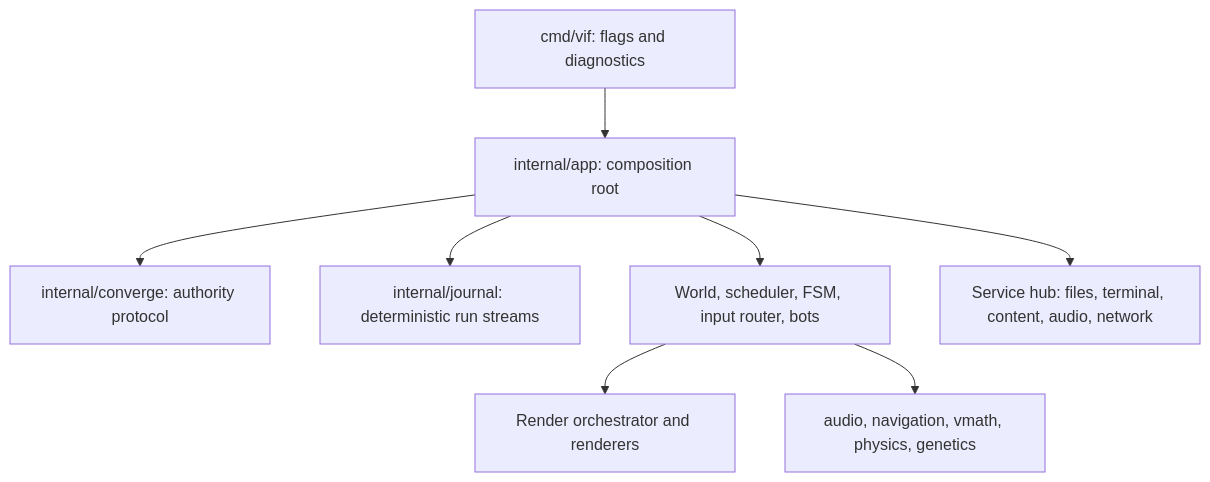
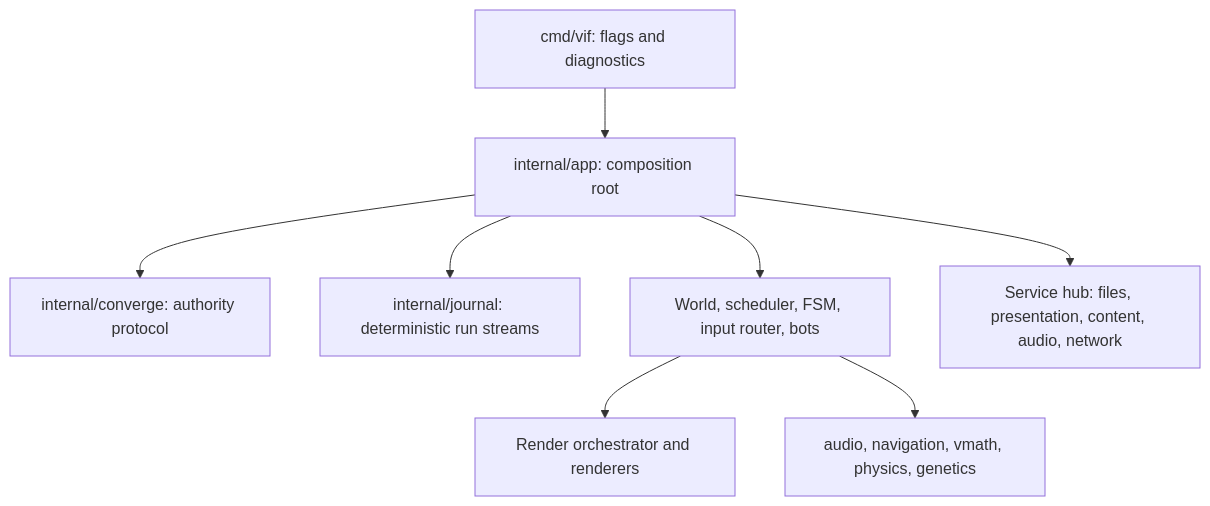
Before and after one commit to lixenwraith/vif: the second of 3 diagrams in doc/architecture.md, drawn with Mermaid. The commit also changed other lines of this file and 23 other files, not shown here.

````diff
--- a/doc/architecture.md
+++ b/doc/architecture.md
@@ -35,10 +35,10 @@
 ```mermaid
 flowchart TD
     Entry["cmd/vif: flags and diagnostics"] --> App["internal/app: composition root"]
     App --> Converge["internal/converge: authority protocol"]
     App --> Journal["internal/journal: deterministic run streams"]
     App --> Runtime["World, scheduler, FSM, input router, bots"]
-    App --> IO["Service hub: files, terminal, content, audio, network"]
+    App --> IO["Service hub: files, presentation, content, audio, network"]
     Runtime --> Presentation["Render orchestrator and renderers"]
     Runtime --> Libraries["audio, navigation, vmath, physics, genetics"]
 ```
````
